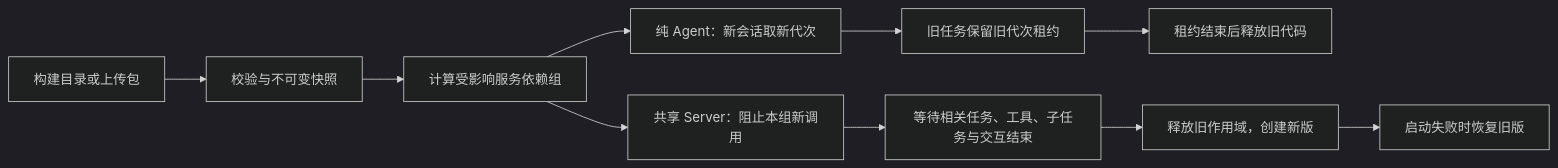
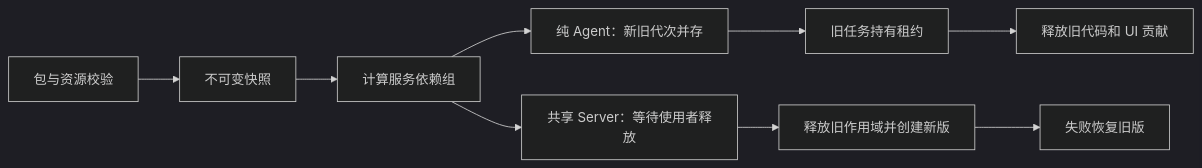
The second of 2 diagrams in docs/plugins.md (xidongdong-153/Pi-meme), drawn with Mermaid before and after one commit. The commit also changed other lines of this file and 204 other files, not shown here.

````diff
--- a/docs/plugins.md
+++ b/docs/plugins.md
@@ -153,13 +185,12 @@
 ```mermaid
 %%{init: {"theme": "dark"}}%%
 flowchart LR
-  Source["构建目录或上传包"] --> Validate["校验与不可变快照"]
-  Validate --> Group["计算受影响服务依赖组"]
-  Group --> Agent["纯 Agent：新会话取新代次"]
-  Agent --> Retain["旧任务保留旧代次租约"]
-  Retain --> Release["租约结束后释放旧代码"]
-  Group --> Server["共享 Server：阻止本组新调用"]
-  Server --> Drain["等待相关任务、工具、子任务与交互结束"]
-  Drain --> Switch["释放旧作用域，创建新版"]
-  Switch --> Restore["启动失败时恢复旧版"]
+  Package["包与资源校验"] --> Snapshot["不可变快照"]
+  Snapshot --> Group["计算服务依赖组"]
+  Group --> Agent["纯 Agent：新旧代次并存"]
+  Group --> Server["共享 Server：等待使用者释放"]
+  Agent --> Lease["旧任务持有租约"]
+  Server --> Replace["释放旧作用域并创建新版"]
+  Replace --> Restore["失败恢复旧版"]
+  Lease --> Dispose["释放旧代码和 UI 贡献"]
 ```
````
